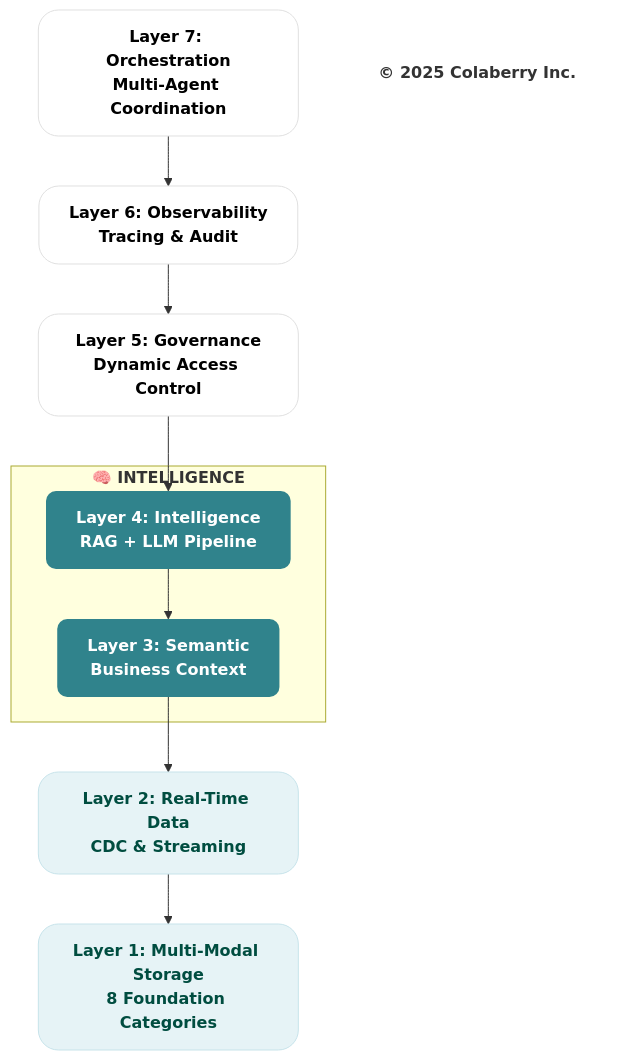
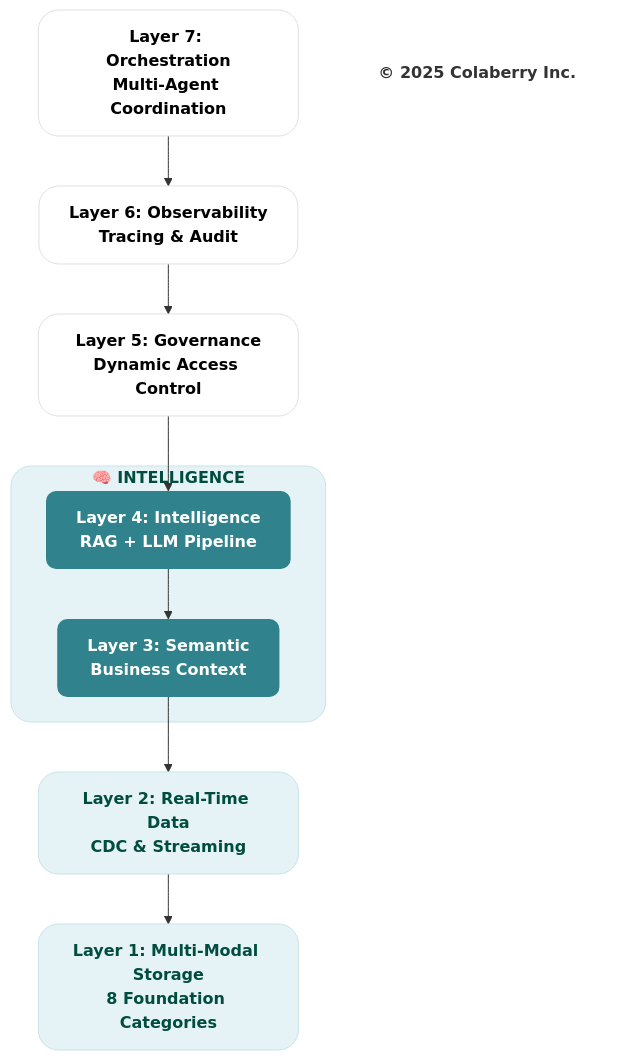
The third of 13 diagrams in manuscript/06_chapter_5_intelligence_layers.md (saitejesh-cyber/trust-before-intelligence-book), drawn with Mermaid before and after one commit. The commit also changed other lines of this file and 1 other file, not shown here.

Commit message:
fixes for few diagrams

````diff
--- a/manuscript/06_chapter_5_intelligence_layers.md
+++ b/manuscript/06_chapter_5_intelligence_layers.md
@@ -131,28 +131,29 @@
 ```mermaid
 graph TB
     L7["<b>Layer 7: Orchestration</b><br/><b>Multi-Agent Coordination</b>"]
     L6["<b>Layer 6: Observability</b><br/><b>Tracing & Audit</b>"]
     L5["<b>Layer 5: Governance</b><br/><b>Dynamic Access Control</b>"]
     
-    subgraph "<b>🧠 INTELLIGENCE</b>"
+    subgraph INTELLIGENCE["<b>🧠 INTELLIGENCE</b>"]
         L4["<b>Layer 4: Intelligence</b><br/><b>RAG + LLM Pipeline</b>"]
         L3["<b>Layer 3: Semantic</b><br/><b>Business Context</b>"]
     end
     
     L2["<b>Layer 2: Real-Time Data</b><br/><b>CDC & Streaming</b>"]
     L1["<b>Layer 1: Multi-Modal Storage</b><br/><b>8 Foundation Categories</b>"]
     
     Copyright["<b>© 2025 Colaberry Inc.</b>"]
     
     L7 --> L6 --> L5 --> L4 --> L3
     L3 --> L2 --> L1
     
     style L7 fill:#ffffff,stroke:#e0e0e0,stroke-width:1px,color:#000000,rx:20,ry:20
     style L6 fill:#ffffff,stroke:#e0e0e0,stroke-width:1px,color:#000000,rx:20,ry:20
     style L5 fill:#ffffff,stroke:#e0e0e0,stroke-width:1px,color:#000000,rx:20,ry:20
     style L4 fill:#30838C,stroke:none,color:#ffffff,rx:10,ry:10
     style L3 fill:#30838C,stroke:none,color:#ffffff,rx:10,ry:10
     style L2 fill:#e6f3f6,stroke:#c7e3ea,stroke-width:1px,color:#004d40,rx:20,ry:20
     style L1 fill:#e6f3f6,stroke:#c7e3ea,stroke-width:1px,color:#004d40,rx:20,ry:20
+    style INTELLIGENCE fill:#e6f3f6,stroke:#c7e3ea,stroke-width:1px,color:#004d40,rx:20,ry:20
     style Copyright fill:none,stroke:none,color:#333333
 ```
````
